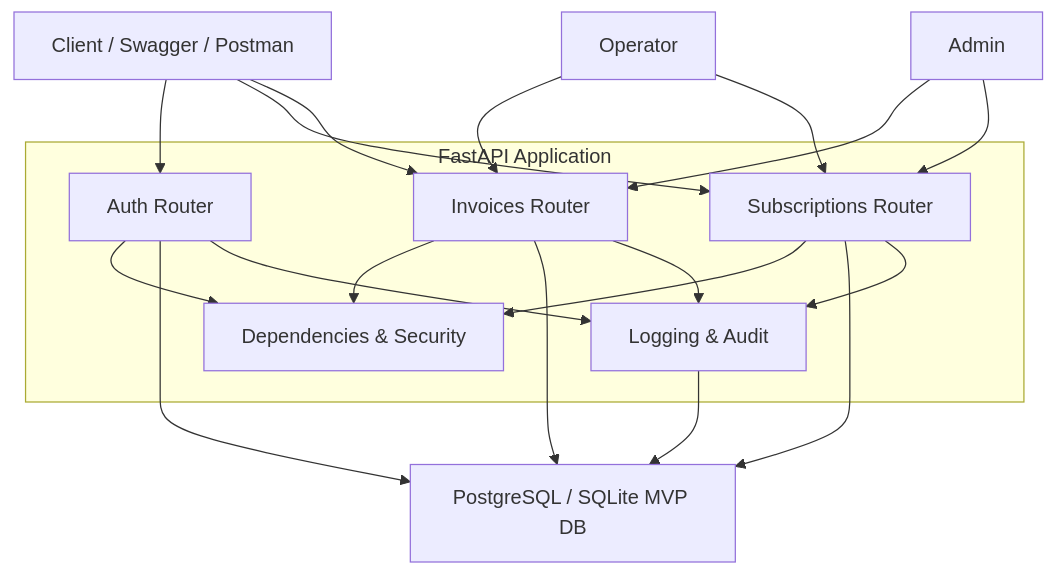
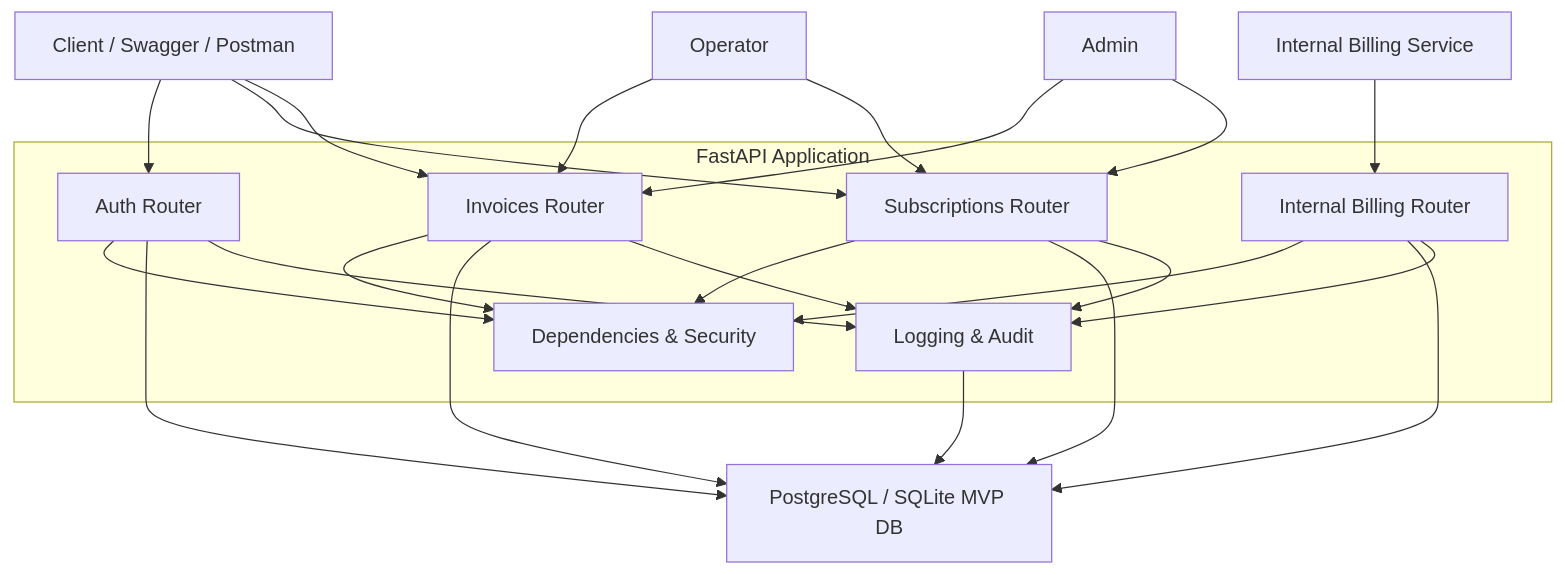
Before and after one commit to Tsarkashrk/telecom: the first of 2 diagrams in task1.md, drawn with Mermaid. The commit also changed other lines of this file and 19 other files, not shown here.

````diff
--- a/task1.md
+++ b/task1.md
@@ -126,35 +135,41 @@
 ```mermaid
 flowchart TD
     Client["Client / Swagger / Postman"]
     Operator["Operator"]
     Admin["Admin"]
+    Internal["Internal Billing Service"]
     subgraph API["FastAPI Application"]
         Auth["Auth Router"]
         Subs["Subscriptions Router"]
         Bill["Invoices Router"]
+        InternalAPI["Internal Billing Router"]
         Deps["Dependencies & Security"]
         Audit["Logging & Audit"]
     end
 
     DB["PostgreSQL / SQLite MVP DB"]
 
     Client --> Auth
     Client --> Subs
     Client --> Bill
     Operator --> Bill
     Operator --> Subs
     Admin --> Bill
     Admin --> Subs
+    Internal --> InternalAPI
     Auth --> Deps
     Subs --> Deps
     Bill --> Deps
+    InternalAPI --> Deps
 
     Auth --> DB
     Subs --> DB
     Bill --> DB
+    InternalAPI --> DB
 
     Auth --> Audit
     Subs --> Audit
     Bill --> Audit
+    InternalAPI --> Audit
     Audit --> DB
 ```
````
